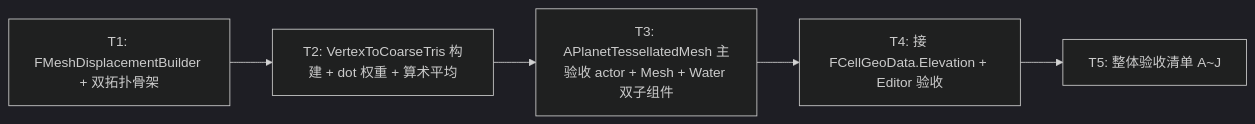
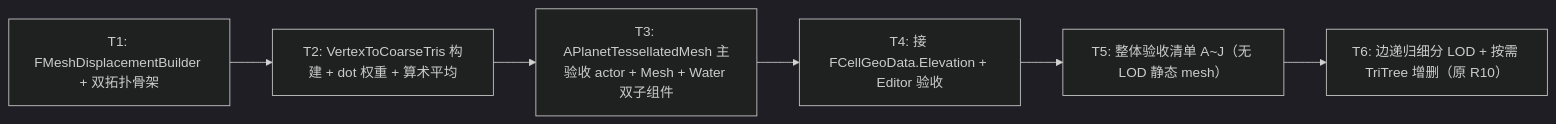
The diagram in Docs/TessellatedMeshDesign.md (tclks001/TerraCivilization), drawn with Mermaid (dark theme) before and after one commit. The commit also changed other lines of this file and 9 other files, not shown here.

````diff
--- a/Docs/TessellatedMeshDesign.md
+++ b/Docs/TessellatedMeshDesign.md
@@ -399,7 +399,8 @@
 ```mermaid
 graph LR
     T1[T1: FMeshDisplacementBuilder + 双拓扑骨架] --> T2[T2: VertexToCoarseTris 构建 + dot 权重 + 算术平均]
     T2 --> T3[T3: APlanetTessellatedMesh 主验收 actor + Mesh + Water 双子组件]
     T3 --> T4[T4: 接 FCellGeoData.Elevation + Editor 验收]
-    T4 --> T5[T5: 整体验收清单 A~J]
+    T4 --> T5[T5: 整体验收清单 A~J（无 LOD 静态 mesh）]
+    T5 --> T6[T6: 边递归细分 LOD + 按需 TriTree 增删（原 R10）]
 ```
````
